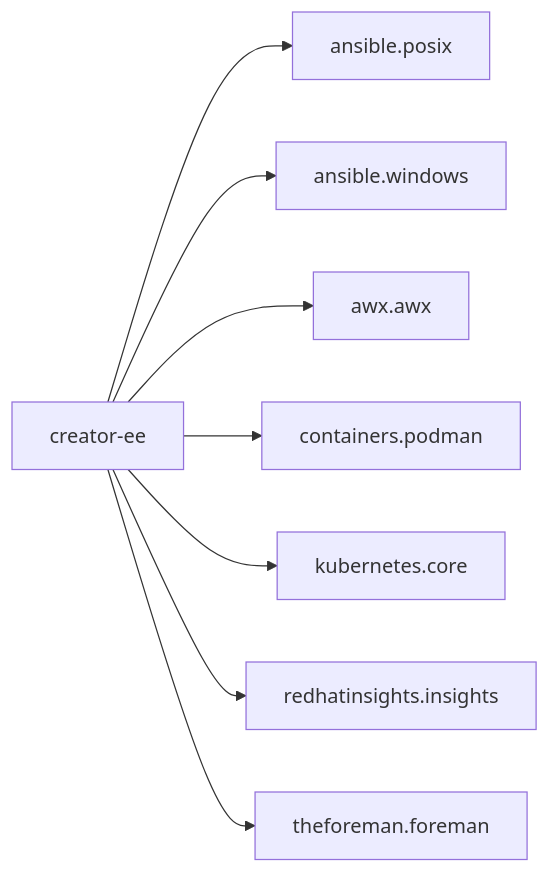
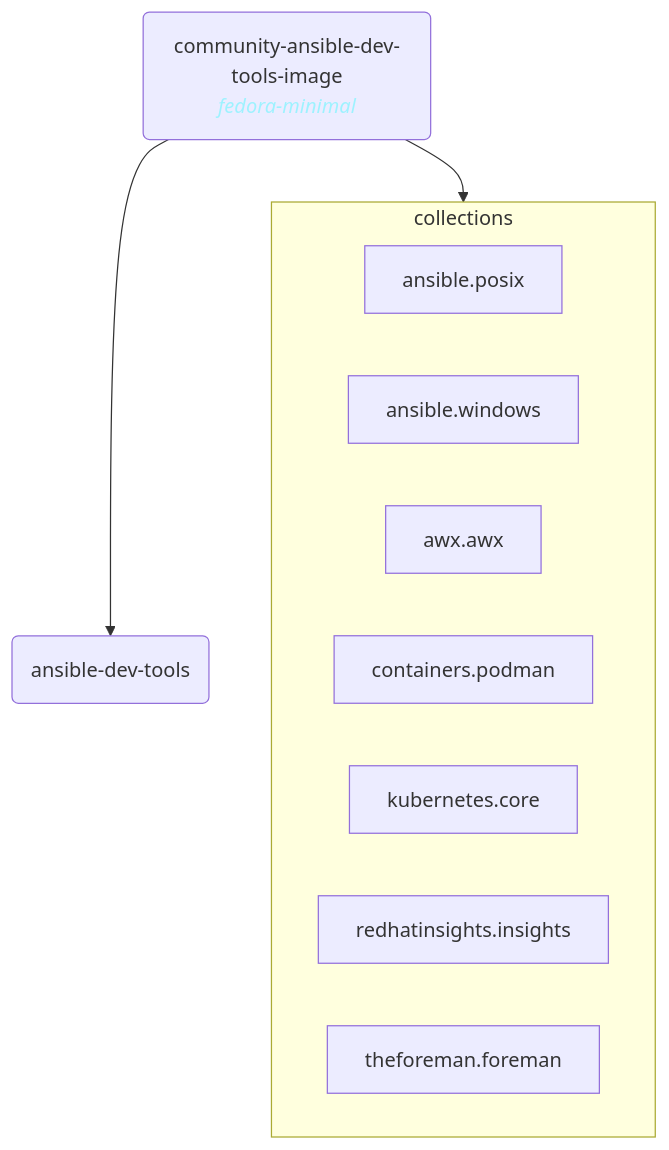
The third of 4 diagrams in README.md (ansible/team-devtools), drawn with Mermaid before and after one commit. The commit also changed other lines of this file and 2 other files, not shown here.

````diff
--- a/README.md
+++ b/README.md
@@ -111,11 +119,24 @@
 ```mermaid
-graph LR;
+graph TB;
 
-creator-ee --> ansible.posix;
-creator-ee --> ansible.windows;
-creator-ee --> awx.awx;
-creator-ee --> containers.podman;
-creator-ee --> kubernetes.core;
-creator-ee --> redhatinsights.insights;
-creator-ee --> theforeman.foreman;
+ee("community-ansible-dev-tools-image<br/><i style="color: #0FF5">fedora-minimal</i>")
+adt(ansible-dev-tools)
+
+ee --> adt;
+ee --> collections;
+
+
+subgraph collections
+  ansible.posix
+  ansible.windows
+  awx.awx
+  containers.podman
+  kubernetes.core
+  redhatinsights.insights
+  theforeman.foreman
+end
+
+click adt "https://github.com/ansible/ansible-dev-tools"
+click ee "https://github.com/ansible/community-ansible-dev-tools-image"
+
 ```
````
